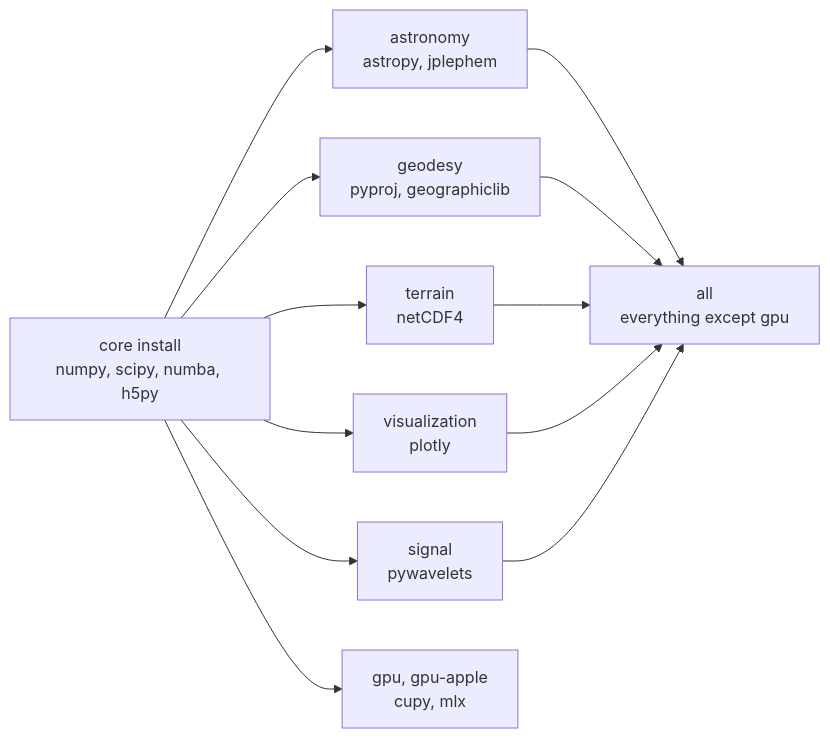
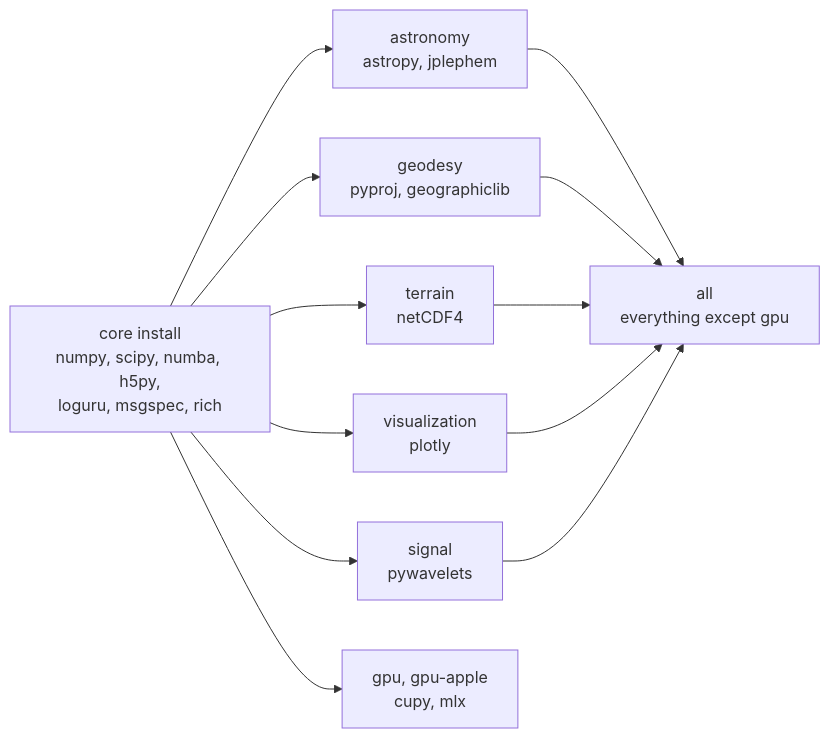
The fourth of 4 diagrams in docs/architecture.rst (nedonatelli/TCL), drawn with Mermaid before and after one commit. The commit also changed other lines of this file and 6 other files, not shown here.

```diff
--- a/docs/architecture.rst
+++ b/docs/architecture.rst
@@ -324,15 +325,15 @@
 .. mermaid::
 
    graph LR
-       CORE["core install<br/>numpy, scipy, numba, h5py"]
+       CORE["core install<br/>numpy, scipy, numba, h5py,<br/>loguru, msgspec, rich"]
        CORE --> AST["astronomy<br/>astropy, jplephem"]
        CORE --> GEO["geodesy<br/>pyproj, geographiclib"]
        CORE --> TER["terrain<br/>netCDF4"]
        CORE --> VIS["visualization<br/>plotly"]
        CORE --> SIG["signal<br/>pywavelets"]
        CORE --> GPU["gpu, gpu-apple<br/>cupy, mlx"]
        AST --> ALL["all<br/>everything except gpu"]
        GEO --> ALL
        TER --> ALL
        VIS --> ALL
        SIG --> ALL
```
